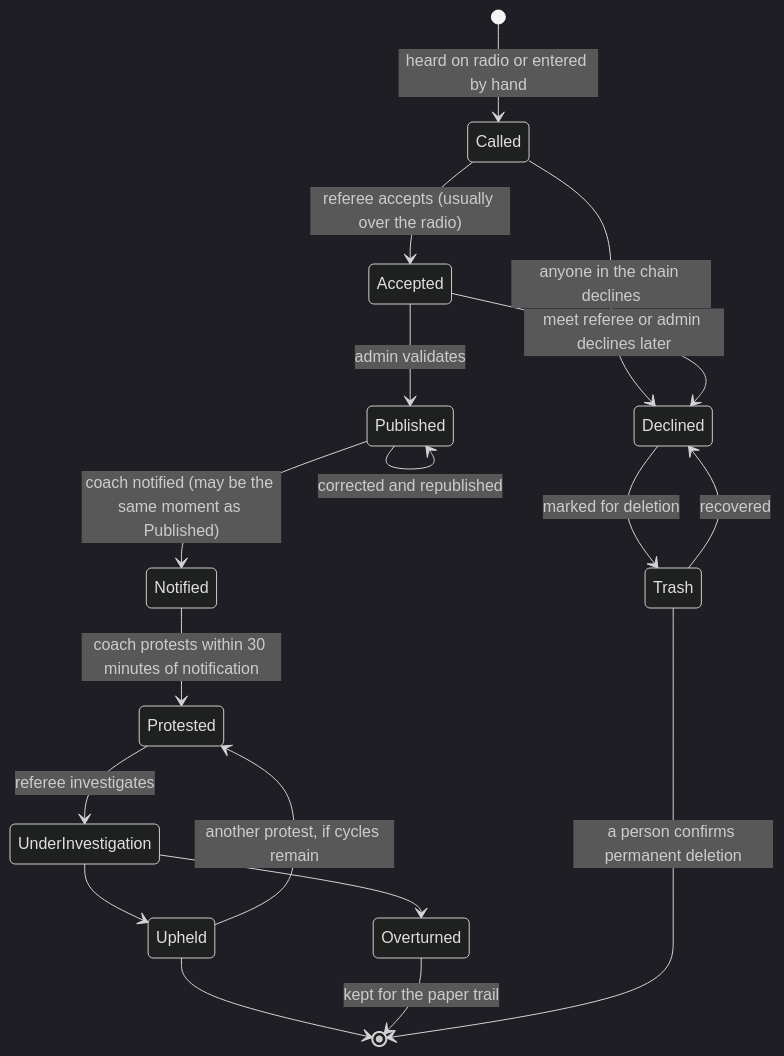
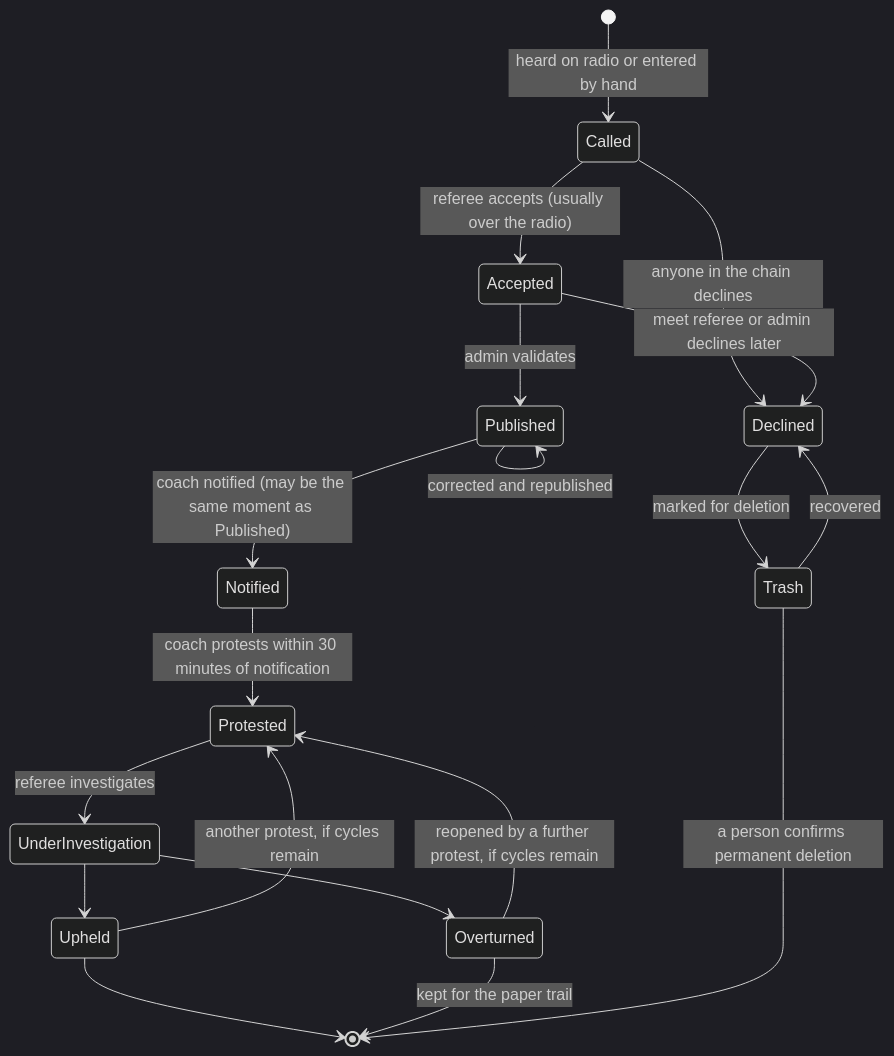
Before and after one commit to mizraith/dq_transcribe: the third of 3 diagrams in ai_docs/product_plan.md, drawn with Mermaid (dark theme). The commit also changed other lines of this file and 1 other file, not shown here.

First line of the commit message:
Plan: republish restarts window, single-admin tablet, reopenable Overturned, typed roster

````diff
--- a/ai_docs/product_plan.md
+++ b/ai_docs/product_plan.md
@@ -160,20 +160,21 @@
 ```mermaid
 stateDiagram-v2
     [*] --> Called: heard on radio or entered by hand
     Called --> Accepted: referee accepts (usually over the radio)
     Called --> Declined: anyone in the chain declines
     Accepted --> Declined: meet referee or admin declines later
     Accepted --> Published: admin validates
     Published --> Notified: coach notified (may be the same moment as Published)
     Notified --> Protested: coach protests within 30 minutes of notification
     Protested --> UnderInvestigation: referee investigates
     UnderInvestigation --> Upheld
     UnderInvestigation --> Overturned
     Upheld --> Protested: another protest, if cycles remain
     Upheld --> [*]
+    Overturned --> Protested: reopened by a further protest, if cycles remain
     Overturned --> [*]: kept for the paper trail
     Declined --> Trash: marked for deletion
     Trash --> Declined: recovered
     Trash --> [*]: a person confirms permanent deletion
     Published --> Published: corrected and republished
 ```
````
